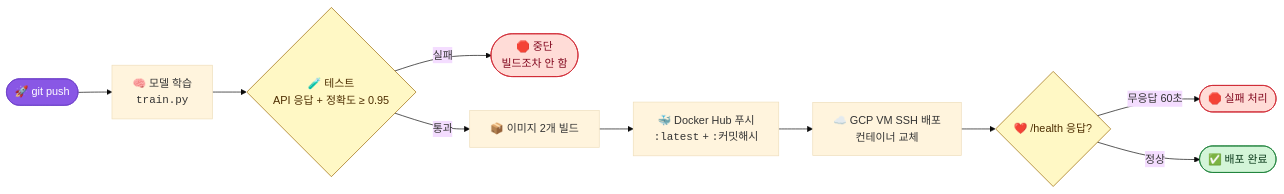
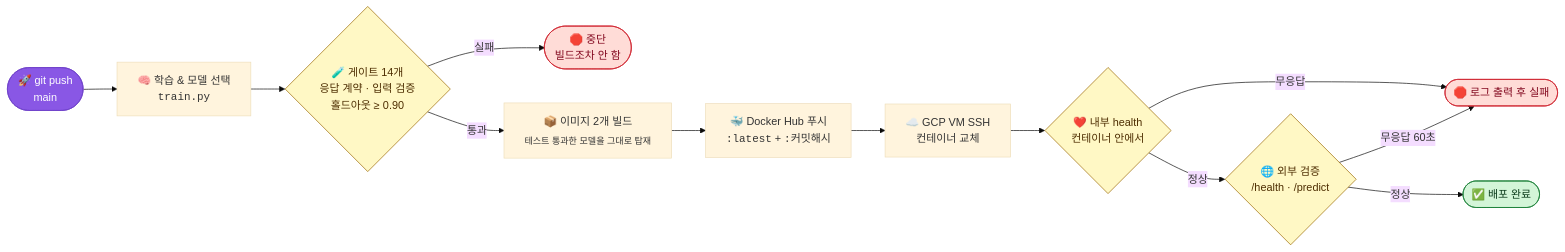
One commit to soya914/mlops_serving changed the first of 4 diagrams in README.md. Above: the diagram before and after it, drawn with Mermaid (base theme). The commit also changed other lines of this file and 8 other files, not shown here.

````diff
--- a/README.md
+++ b/README.md
@@ -32,19 +54,22 @@
 ```mermaid
 flowchart LR
-    A(["🚀 git push"]) --> B["🧠 모델 학습<br/><code>train.py</code>"]
-    B --> C{"🧪 테스트<br/>API 응답 + 정확도 ≥ 0.95"}
+    A(["🚀 git push<br/>main"]) --> B["🧠 학습 &amp; 모델 선택<br/><code>train.py</code>"]
+    B --> C{"🧪 게이트 14개<br/>응답 계약 · 입력 검증<br/>홀드아웃 ≥ 0.90"}
     C -- "실패" --> X(["🛑 중단<br/>빌드조차 안 함"])
-    C -- "통과" --> D["📦 이미지 2개 빌드"]
+    C -- "통과" --> D["📦 이미지 2개 빌드<br/><sub>테스트 통과한 모델을 그대로 탑재</sub>"]
     D --> E["🐳 Docker Hub 푸시<br/><code>:latest</code> + <code>:커밋해시</code>"]
-    E --> F["☁️ GCP VM SSH 배포<br/>컨테이너 교체"]
-    F --> G{"❤️ /health 응답?"}
-    G -- "무응답 60초" --> Y(["🛑 실패 처리"])
-    G -- "정상" --> Z(["✅ 배포 완료"])
+    E --> F["☁️ GCP VM SSH<br/>컨테이너 교체"]
+    F --> G{"❤️ 내부 health<br/>컨테이너 안에서"}
+    G -- "무응답" --> Y(["🛑 로그 출력 후 실패"])
+    G -- "정상" --> H{"🌐 외부 검증<br/>/health · /predict"}
+    H -- "무응답 60초" --> Y
+    H -- "정상" --> Z(["✅ 배포 완료"])
 
     style A fill:#8957e5,stroke:#6e40c9,color:#fff
     style X fill:#ffdcd7,stroke:#cf222e,color:#82071e
     style Y fill:#ffdcd7,stroke:#cf222e,color:#82071e
     style Z fill:#d3f5d8,stroke:#1a7f37,color:#0a3a1a
     style C fill:#fff8c5,stroke:#9a6700,color:#4d2d00
     style G fill:#fff8c5,stroke:#9a6700,color:#4d2d00
+    style H fill:#fff8c5,stroke:#9a6700,color:#4d2d00
 ```
````
